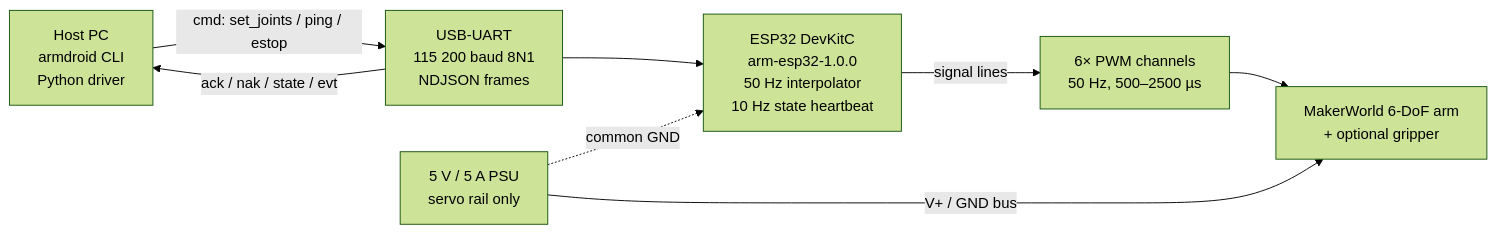
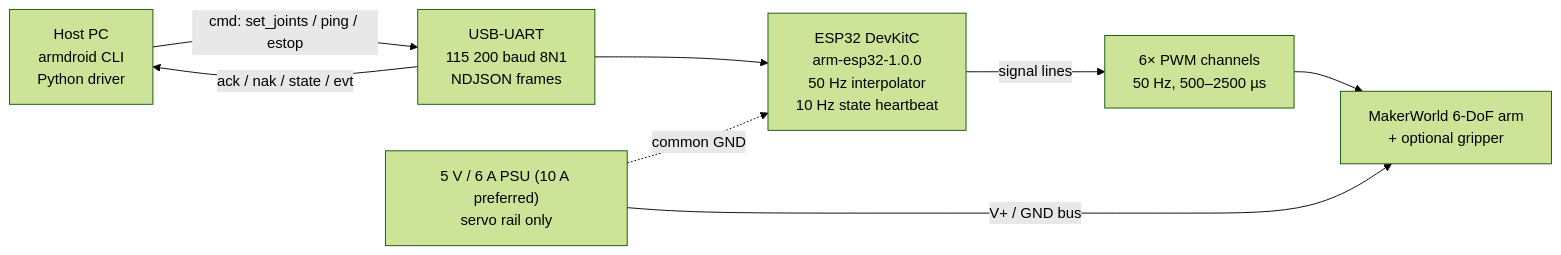
Before and after one commit to ianshank/Arm_Droid: the first of 3 diagrams in docs/architecture/WIRING.md, drawn with Mermaid (forest theme). The commit also changed other lines of this file, not shown here.

````diff
--- a/docs/architecture/WIRING.md
+++ b/docs/architecture/WIRING.md
@@ -45,17 +47,17 @@
 ```mermaid
 graph LR
     host["Host PC<br/>armdroid CLI<br/>Python driver"]
     usb["USB-UART<br/>115 200 baud 8N1<br/>NDJSON frames"]
     esp["ESP32 DevKitC<br/>arm-esp32-1.0.0<br/>50 Hz interpolator<br/>10 Hz state heartbeat"]
     pwm["6× PWM channels<br/>50 Hz, 500–2500 µs"]
     arm["MakerWorld 6-DoF arm<br/>+ optional gripper"]
-    psu["5 V / 5 A PSU<br/>servo rail only"]
+    psu["5 V / 6 A PSU (10 A preferred)<br/>servo rail only"]
 
     host -->|"cmd: set_joints / ping / estop"| usb
     usb -->|"ack / nak / state / evt"| host
     usb --> esp
     esp -->|"signal lines"| pwm
     pwm --> arm
     psu -->|"V+ / GND bus"| arm
     psu -.->|"common GND"| esp
 ```
````
